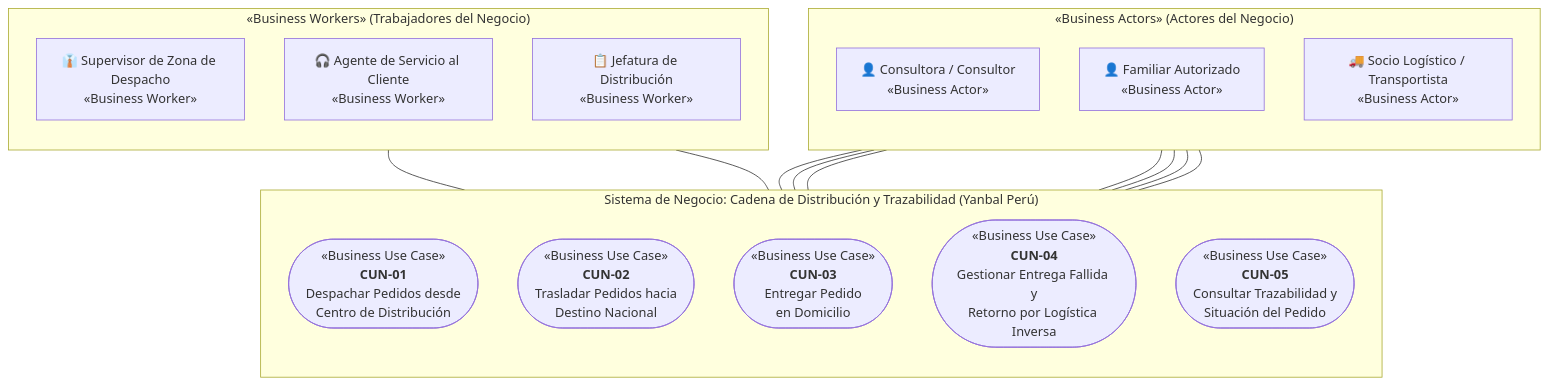
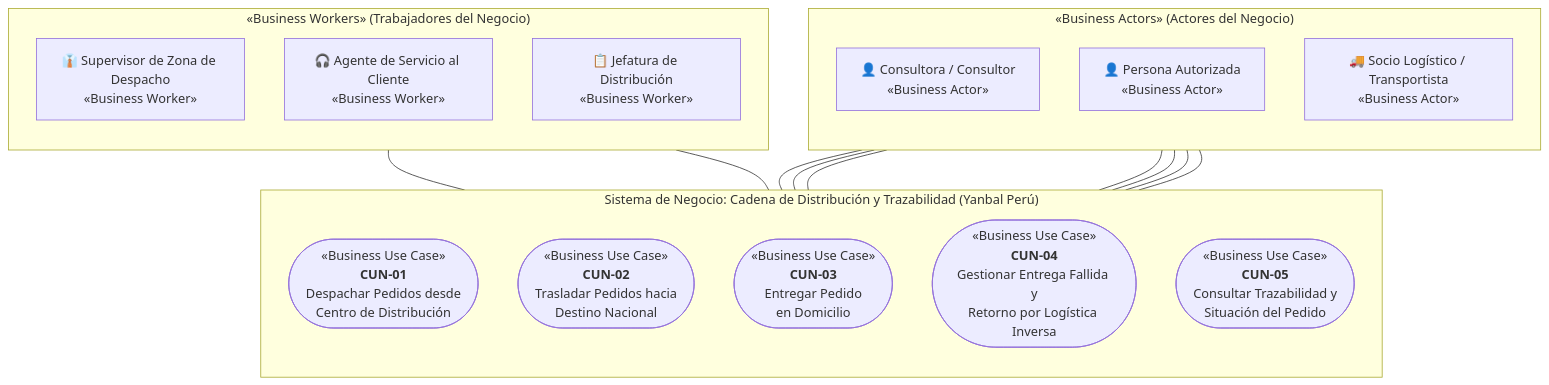
Before and after one commit to SaraviaH/arq-emp: the third of 4 diagrams in arq-emp AS-IS/Diagrama de Casos de Uso del Negocio (CUN)/01 - Diagrama General de Casos de Uso del Negocio (CUN).md, drawn with Mermaid. The commit also changed other lines of this file and 50 other files, not shown here.

````diff
--- a/arq-emp AS-IS/Diagrama de Casos de Uso del Negocio (CUN)/01 - Diagrama General de Casos de Uso del Negocio (CUN).md
+++ b/arq-emp AS-IS/Diagrama de Casos de Uso del Negocio (CUN)/01 - Diagrama General de Casos de Uso del Negocio (CUN).md
@@ -118,48 +118,48 @@
 ```mermaid
 flowchart TD
     %% Actores del Negocio (Externos)
     subgraph ACTORES_EXTERNOS ["«Business Actors» (Actores del Negocio)"]
         direction TB
         CONS["👤 Consultora / Consultor<br/>«Business Actor»"]
-        FAM["👤 Familiar Autorizado<br/>«Business Actor»"]
+        FAM["👤 Persona Autorizada<br/>«Business Actor»"]
         SOCIO["🚚 Socio Logístico / Transportista<br/>«Business Actor»"]
     end
 
     %% Trabajadores del Negocio (Internos)
     subgraph TRABAJADORES_INTERNOS ["«Business Workers» (Trabajadores del Negocio)"]
         direction TB
         SUP["👔 Supervisor de Zona de Despacho<br/>«Business Worker»"]
         AG["🎧 Agente de Servicio al Cliente<br/>«Business Worker»"]
         JEF["📋 Jefatura de Distribución<br/>«Business Worker»"]
     end
 
     %% Frontera de Casos de Uso del Negocio
     subgraph FRONTERA_NEGOCIO ["Sistema de Negocio: Cadena de Distribución y Trazabilidad (Yanbal Perú)"]
         direction TB
 
         CUN01(["«Business Use Case»<br/><b>CUN-01</b><br/>Despachar Pedidos desde<br/>Centro de Distribución"])
         CUN02(["«Business Use Case»<br/><b>CUN-02</b><br/>Trasladar Pedidos hacia<br/>Destino Nacional"])
         CUN03(["«Business Use Case»<br/><b>CUN-03</b><br/>Entregar Pedido<br/>en Domicilio"])
         CUN04(["«Business Use Case»<br/><b>CUN-04</b><br/>Gestionar Entrega Fallida y<br/>Retorno por Logística Inversa"])
         CUN05(["«Business Use Case»<br/><b>CUN-05</b><br/>Consultar Trazabilidad y<br/>Situación del Pedido"])
     end
 
     %% Asociaciones CUN-01
     SUP --- CUN01
     SOCIO --- CUN01
 
     %% Asociaciones CUN-02
     SOCIO --- CUN02
 
     %% Asociaciones CUN-03 (Camino Principal de Entrega)
     SOCIO --- CUN03
     CONS --- CUN03
     FAM --- CUN03
 
     %% Asociaciones CUN-04 (Camino Alternativo de Contingencia)
     SOCIO --- CUN04
 
     %% Asociaciones CUN-05 (Consulta de Seguimiento)
     CONS --- CUN05
     AG --- CUN05
 ```
````
